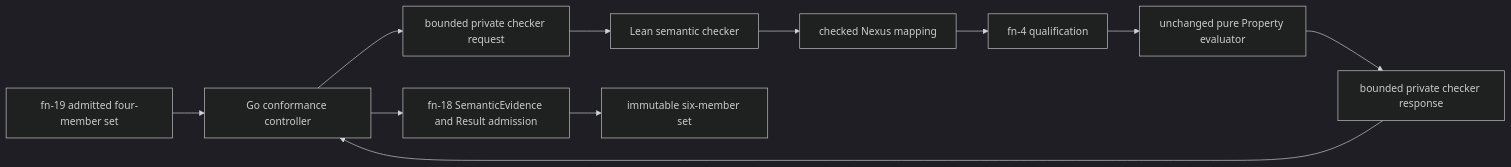
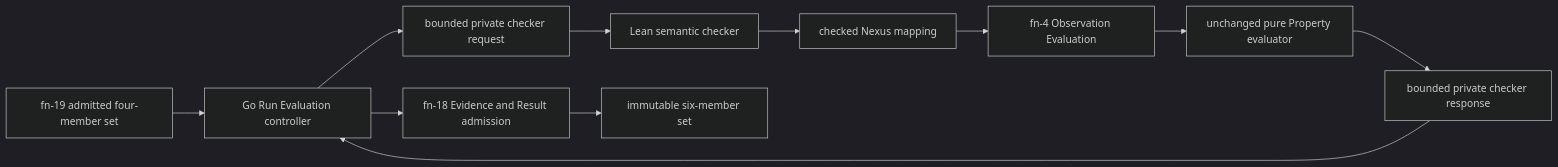
The diagram in .flow/specs/fn-20-local-execution-semantic-conformance.md (stephanos/temporal), drawn with Mermaid (dark theme) before and after one commit. The commit also changed other lines of this file and 277 other files, not shown here.

````diff
--- a/.flow/specs/fn-20-local-execution-semantic-conformance.md
+++ b/.flow/specs/fn-20-local-execution-semantic-conformance.md
@@ -27,13 +27,13 @@
 ```mermaid
 flowchart LR
-  I[fn-19 admitted four-member set] --> G[Go conformance controller]
+  I[fn-19 admitted four-member set] --> G[Go Run Evaluation controller]
   G --> Q[bounded private checker request]
   Q --> L[Lean semantic checker]
   L --> M[checked Nexus mapping]
-  M --> O[fn-4 qualification]
+  M --> O[fn-4 Observation Evaluation]
   O --> P[unchanged pure Property evaluator]
   P --> X[bounded private checker response]
   X --> G
-  G --> A[fn-18 SemanticEvidence and Result admission]
+  G --> A[fn-18 Evidence and Result admission]
   A --> S[immutable six-member set]
 ```
````
